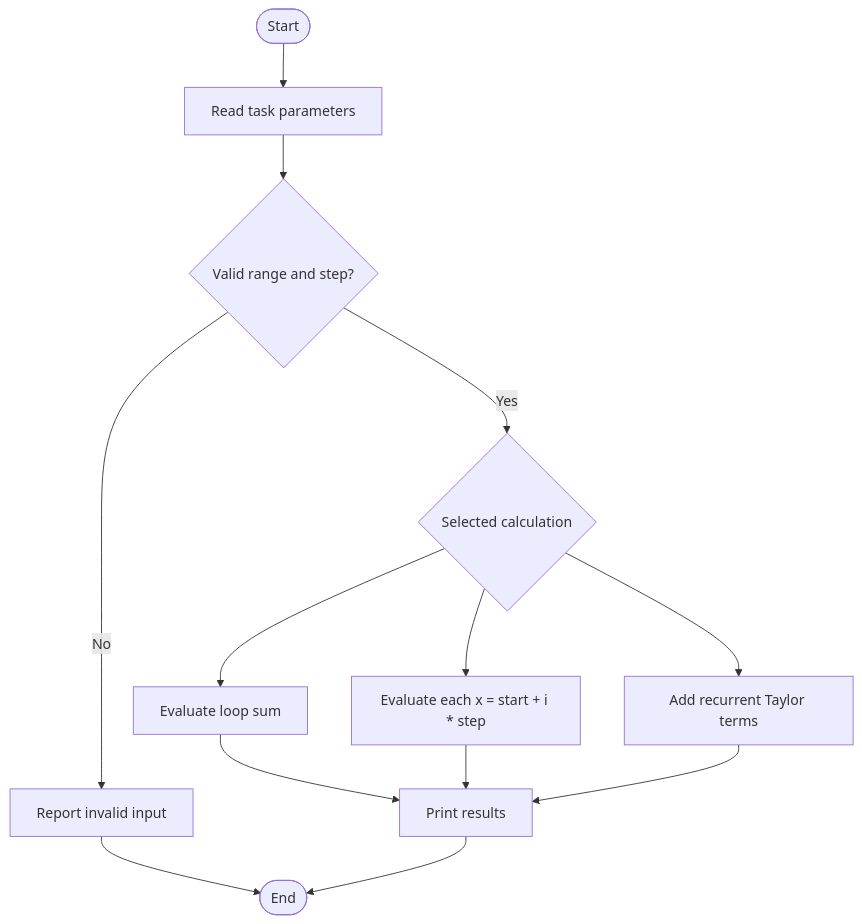
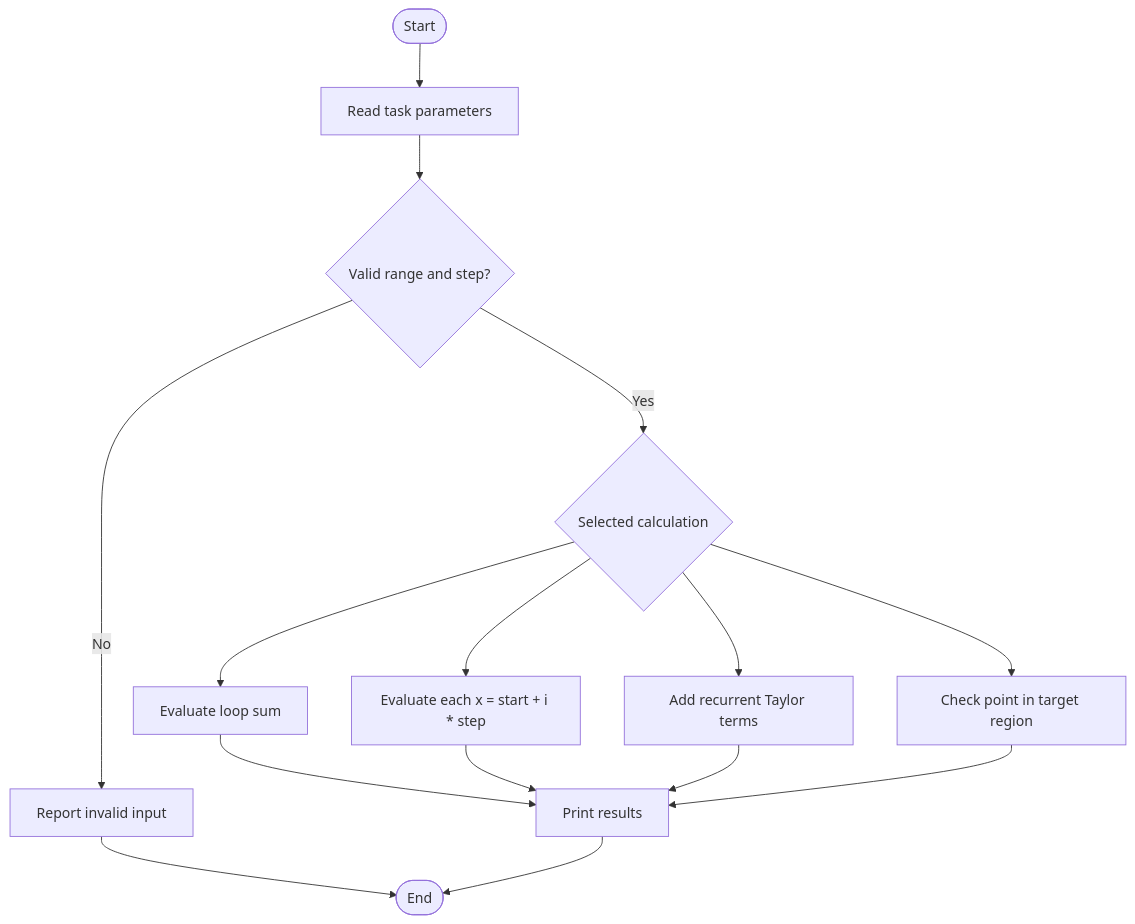
One commit to lviv-polytech/alg-cs-labs changed the first of 3 diagrams in Lb4/README.md. Above: the diagram before and after it, drawn with Mermaid. The commit also changed other lines of this file and 8 other files, not shown here.

````diff
--- a/Lb4/README.md
+++ b/Lb4/README.md
@@ -19,15 +19,17 @@
 ```mermaid
 flowchart TD
     Start([Start]) --> Input["Read task parameters"]
     Input --> Valid{"Valid range and step?"}
     Valid -- No --> Error["Report invalid input"]
     Valid -- Yes --> Select{"Selected calculation"}
     Select --> Sum["Evaluate loop sum"]
     Select --> Table["Evaluate each x = start + i * step"]
     Select --> Taylor["Add recurrent Taylor terms"]
+    Select --> Target["Check point in target region"]
     Sum --> Output["Print results"]
     Table --> Output
     Taylor --> Output
+    Target --> Output
     Error --> End([End])
     Output --> End
 ```
````
